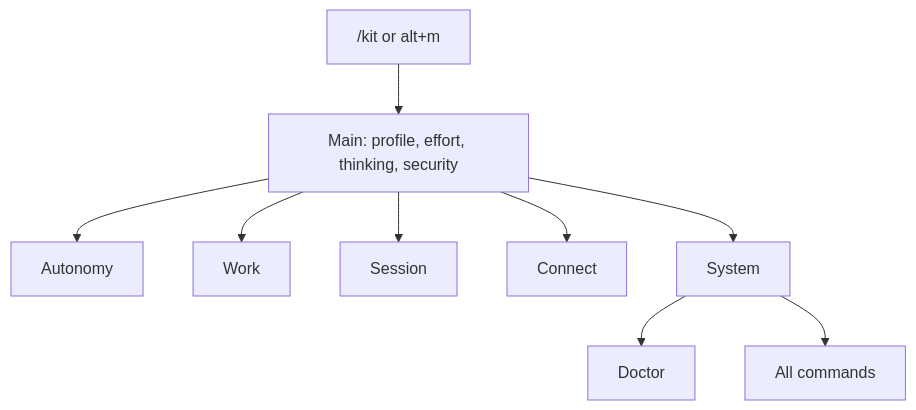
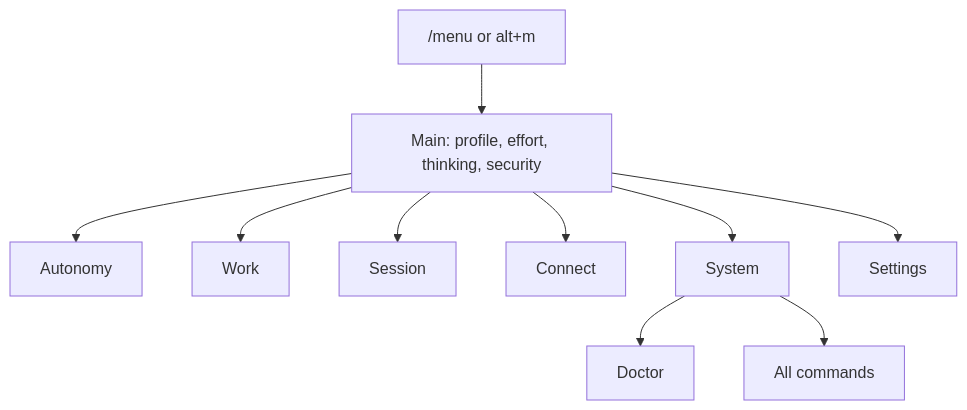
Before and after one commit to SATUNIX/luna: the diagram in docs/control-center.md, drawn with Mermaid. The commit also changed other lines of this file and 17 other files, not shown here.

First line of the commit message:
feat(control-center): make /menu primary and fold /settings into the hub

````diff
--- a/docs/control-center.md
+++ b/docs/control-center.md
@@ -44,11 +46,12 @@
 ```mermaid
 flowchart TD
-  K["/kit or alt+m"] --> M["Main: profile, effort, thinking, security"]
+  K["/menu or alt+m"] --> M["Main: profile, effort, thinking, security"]
   M --> A[Autonomy]
   M --> W[Work]
   M --> S[Session]
   M --> C[Connect]
   M --> Y[System]
+  M --> G[Settings]
   Y --> D[Doctor]
   Y --> L[All commands]
 ```
````
